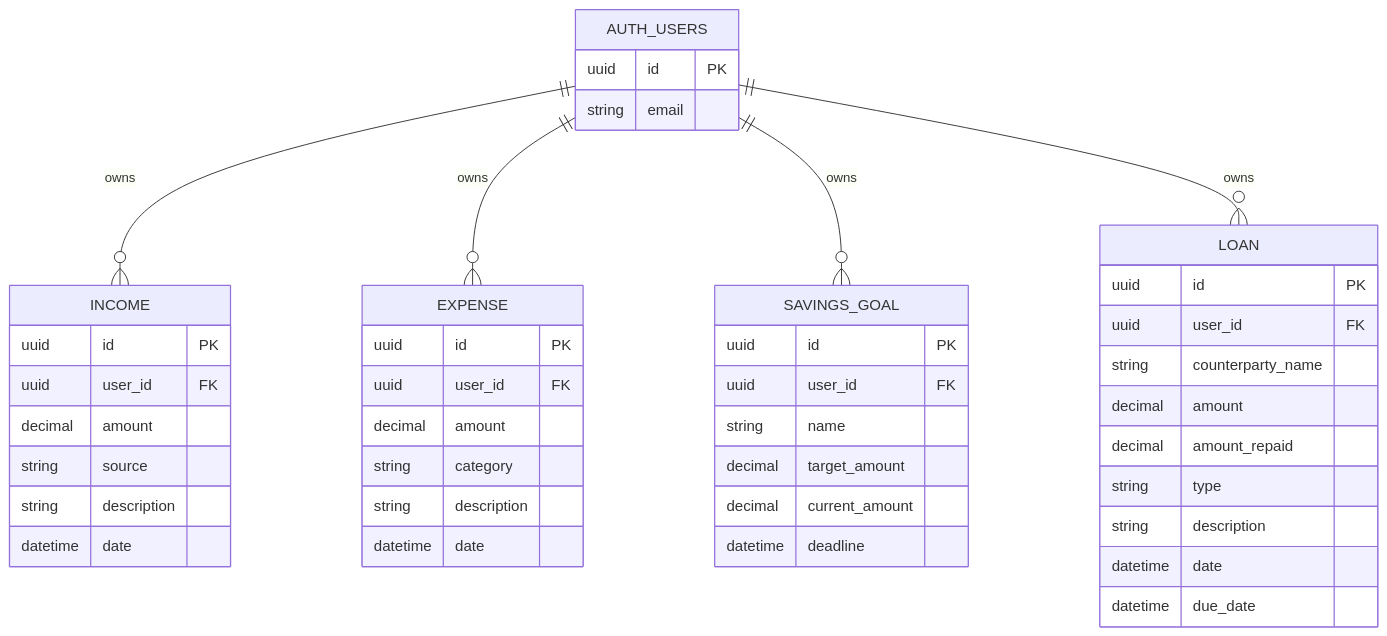
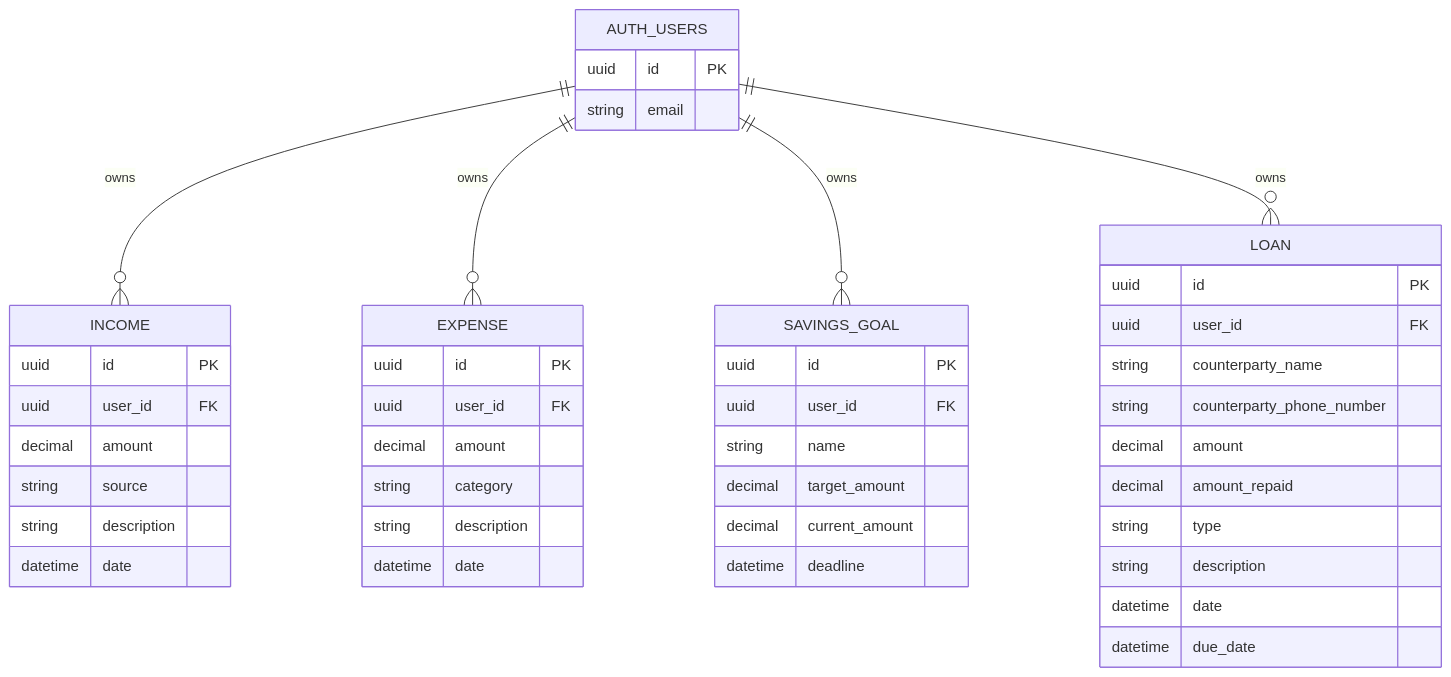
The second of 4 diagrams in docs/PRD.md (dev-personal-projects/vela), drawn with Mermaid before and after one commit. The commit also changed 9 other files, not shown here.

First line of the commit message:
✨ feat: add optional counterparty phone number to loan entity

````diff
--- a/docs/PRD.md
+++ b/docs/PRD.md
@@ -88,51 +88,52 @@
 ```mermaid
 erDiagram
     AUTH_USERS {
         uuid id PK
         string email
     }
 
     INCOME {
         uuid id PK
         uuid user_id FK
         decimal amount
         string source
         string description
         datetime date
     }
 
     EXPENSE {
         uuid id PK
         uuid user_id FK
         decimal amount
         string category
         string description
         datetime date
     }
 
     SAVINGS_GOAL {
         uuid id PK
         uuid user_id FK
         string name
         decimal target_amount
         decimal current_amount
         datetime deadline
     }
 
     LOAN {
         uuid id PK
         uuid user_id FK
         string counterparty_name
+        string counterparty_phone_number
         decimal amount
         decimal amount_repaid
         string type
         string description
         datetime date
         datetime due_date
     }
 
     AUTH_USERS ||--o{ INCOME : "owns"
     AUTH_USERS ||--o{ EXPENSE : "owns"
     AUTH_USERS ||--o{ SAVINGS_GOAL : "owns"
     AUTH_USERS ||--o{ LOAN : "owns"
 ```
````
